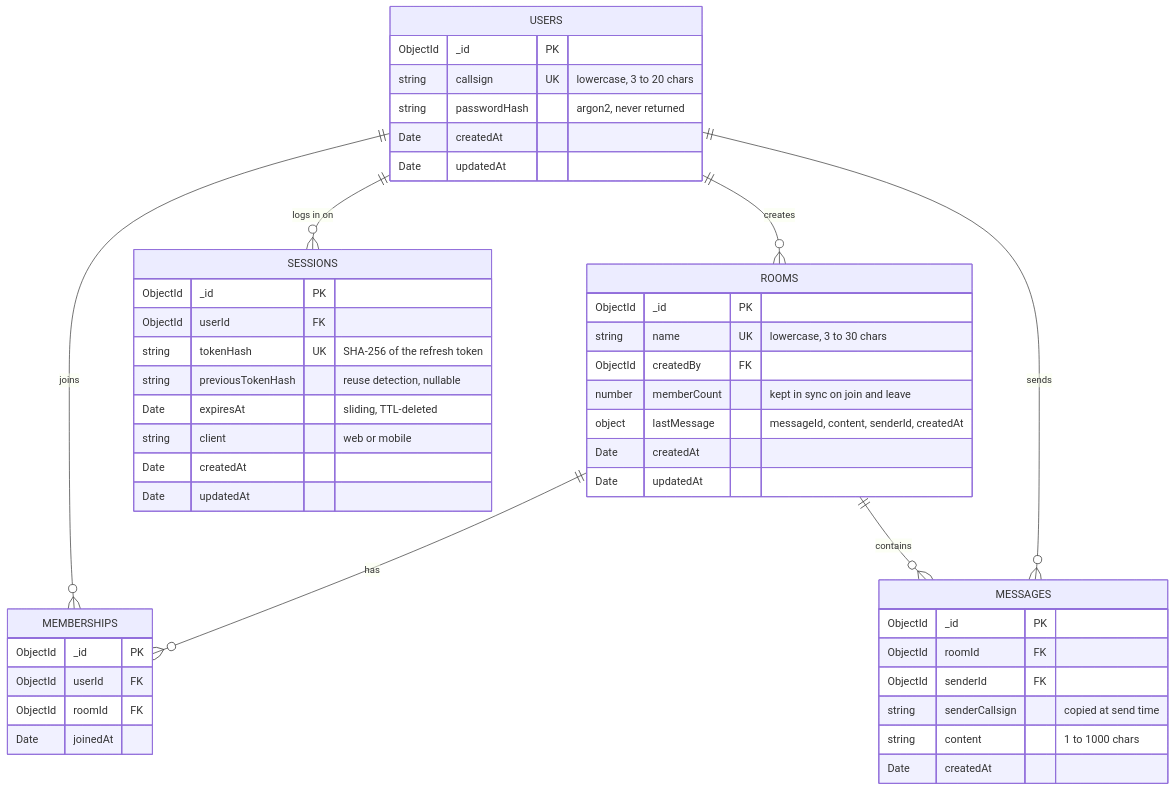
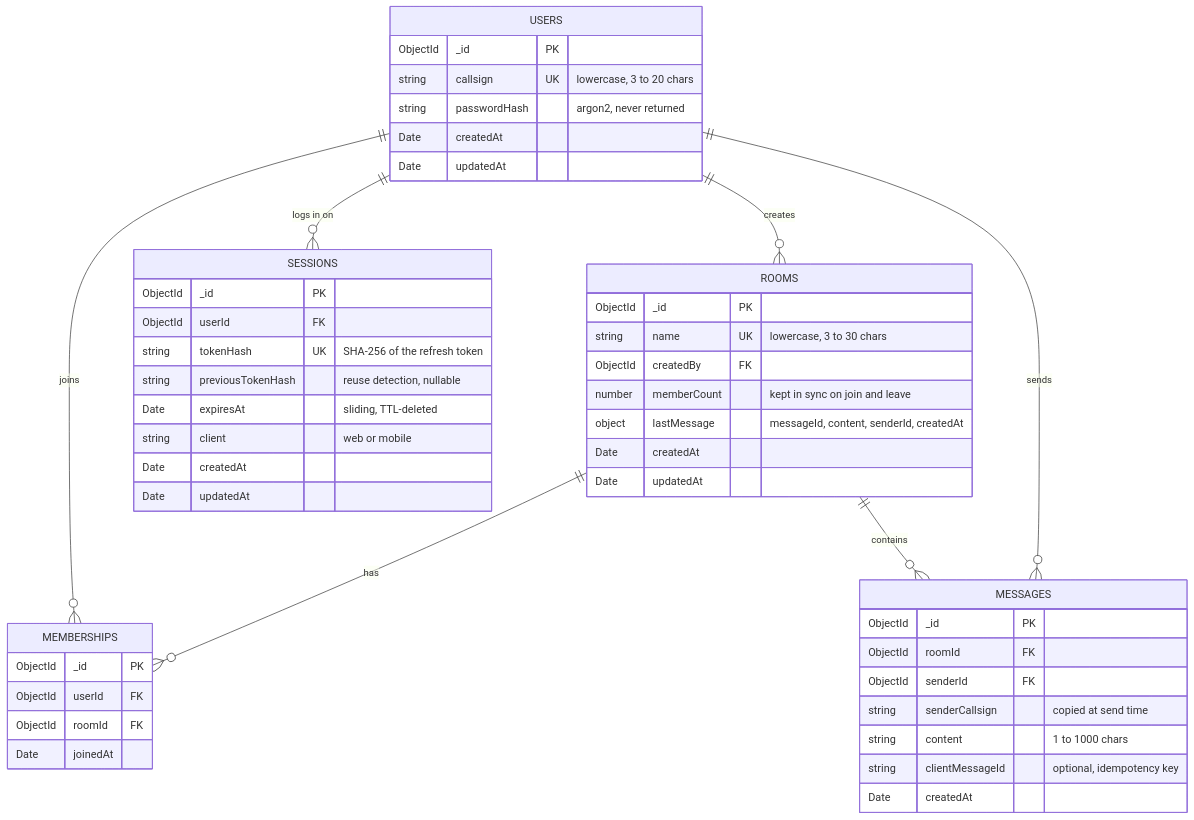
Before and after one commit to PenuAndreea/callsign: the diagram in README.md, drawn with Mermaid. The commit also changed other lines of this file and 11 other files, not shown here.

Commit message:
feat(api): idempotent message:send with an optional clientMessageId

````diff
--- a/README.md
+++ b/README.md
@@ -138,54 +138,55 @@
 ```mermaid
 erDiagram
   USERS ||--o{ MEMBERSHIPS : joins
   ROOMS ||--o{ MEMBERSHIPS : has
   USERS ||--o{ ROOMS : creates
   ROOMS ||--o{ MESSAGES : contains
   USERS ||--o{ MESSAGES : sends
   USERS ||--o{ SESSIONS : "logs in on"
 
   USERS {
     ObjectId _id PK
     string callsign UK "lowercase, 3 to 20 chars"
     string passwordHash "argon2, never returned"
     Date createdAt
     Date updatedAt
   }
 
   SESSIONS {
     ObjectId _id PK
     ObjectId userId FK
     string tokenHash UK "SHA-256 of the refresh token"
     string previousTokenHash "reuse detection, nullable"
     Date expiresAt "sliding, TTL-deleted"
     string client "web or mobile"
     Date createdAt
     Date updatedAt
   }
 
   ROOMS {
     ObjectId _id PK
     string name UK "lowercase, 3 to 30 chars"
     ObjectId createdBy FK
     number memberCount "kept in sync on join and leave"
     object lastMessage "messageId, content, senderId, createdAt"
     Date createdAt
     Date updatedAt
   }
 
   MEMBERSHIPS {
     ObjectId _id PK
     ObjectId userId FK
     ObjectId roomId FK
     Date joinedAt
   }
 
   MESSAGES {
     ObjectId _id PK
     ObjectId roomId FK
     ObjectId senderId FK
     string senderCallsign "copied at send time"
     string content "1 to 1000 chars"
+    string clientMessageId "optional, idempotency key"
     Date createdAt
   }
 ```
````
